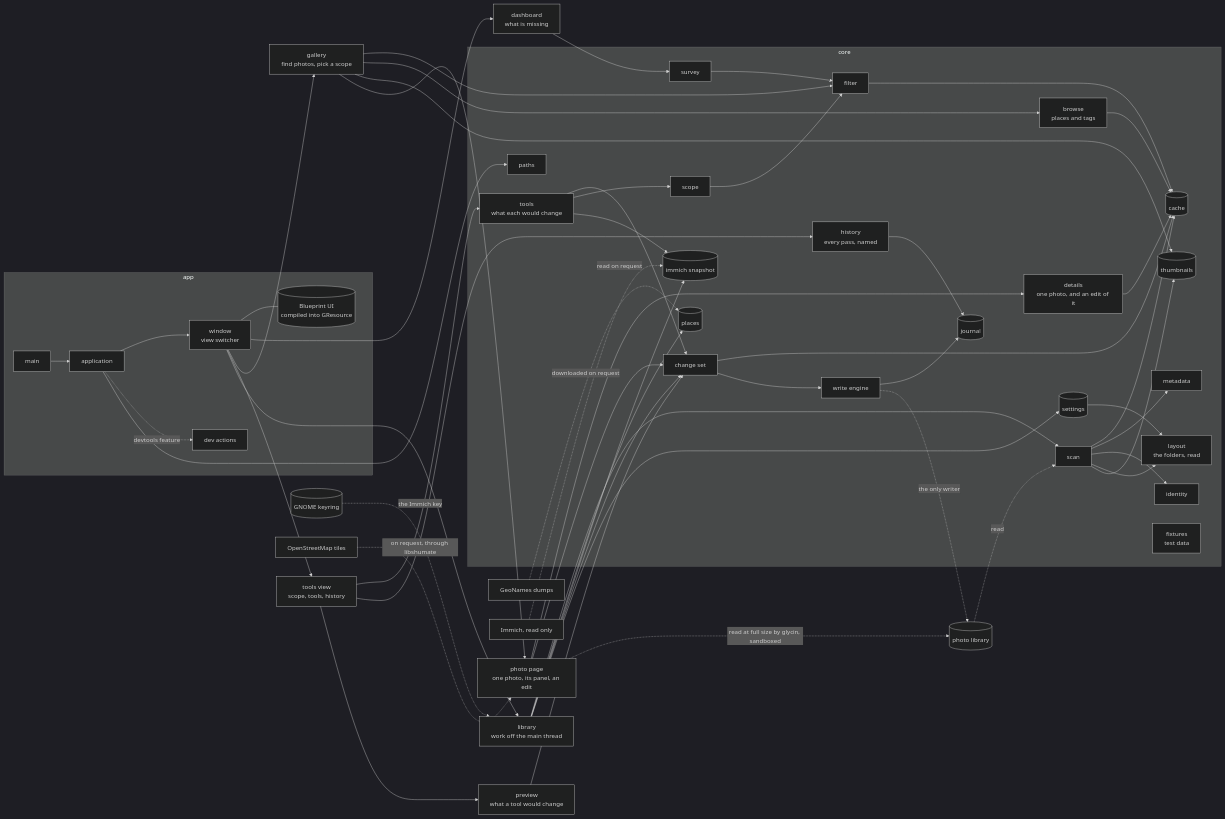
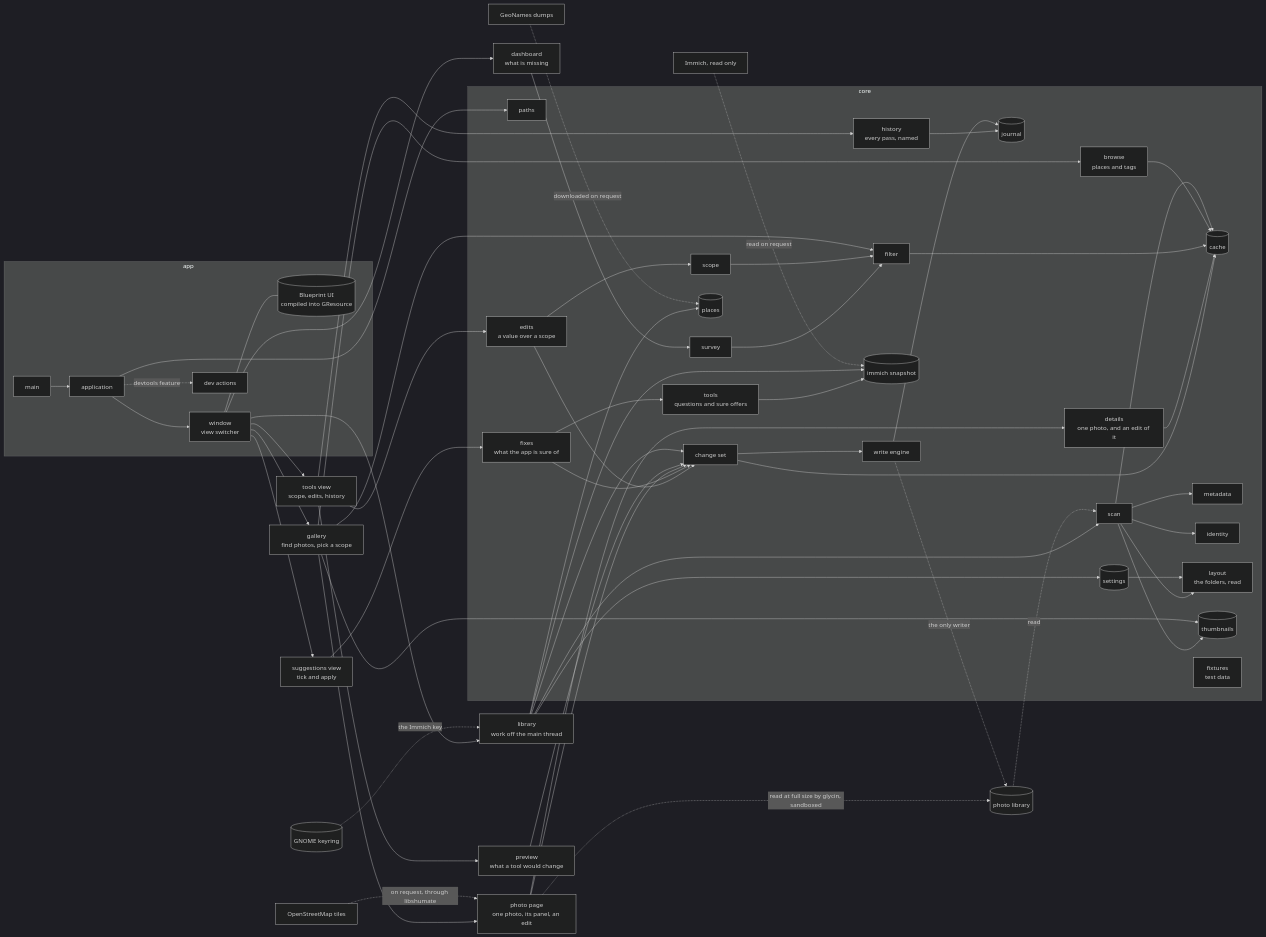
One commit to xuedi/photoManager changed the diagram in docs/overview.md. Above: the diagram before and after it, drawn with Mermaid (dark theme). The commit also changed other lines of this file and 6 other files, not shown here.

Commit message:
write down the fixes and the edits

````diff
--- a/docs/overview.md
+++ b/docs/overview.md
@@ -5,61 +5,65 @@
 ```mermaid
 flowchart LR
     subgraph app [app]
         main[main] --> application
         application --> window[window<br/>view switcher]
         application -. devtools feature .-> devtools[dev actions]
         window --- blueprint[(Blueprint UI<br/>compiled into GResource)]
     end
     subgraph core [core]
         paths
         settings[(settings)]
-        tools[tools<br/>what each would change] --> changeset
-        tools --> scope
+        edits[edits<br/>a value over a scope] --> changeset
+        edits --> scope
+        fixes[fixes<br/>what the app is sure of] --> changeset
+        fixes --> tools[tools<br/>questions and sure offers]
         history[history<br/>every pass, named] --> journal
         changeset[change set] --> cache
         details[details<br/>one photo, and an edit of it] --> cache
         survey --> filter --> cache
         browse[browse<br/>places and tags] --> cache
         scope --> filter
         changeset --> write
         scan --> cache[(cache)]
         scan --> metadata
         scan --> identity
         scan --> layout[layout<br/>the folders, read]
         settings --> layout
         scan --> thumbs[(thumbnails)]
         geo[(places)]
         immich[(immich snapshot)]
         tools --> immich
         write[write engine] --> journal[(journal)]
         fixtures[fixtures<br/>test data]
     end
     application --> paths
     window --> dashboard[dashboard<br/>what is missing]
     dashboard --> survey
     window --> gallery[gallery<br/>find photos, pick a scope]
     gallery --> filter
     gallery --> browse
     gallery --> thumbs
     gallery --> photo[photo page<br/>one photo, its panel, an edit]
     photo --> details
     photo --> changeset
     photo -. read at full size by glycin, sandboxed .-> photos
-    window --> toolsview[tools view<br/>scope, tools, history]
-    toolsview --> tools
+    window --> toolsview[tools view<br/>scope, edits, history]
+    toolsview --> edits
     toolsview --> history
+    window --> suggestionsview[suggestions view<br/>tick and apply]
+    suggestionsview --> fixes
     toolsview --> preview[preview<br/>what a tool would change]
     window --> library[library<br/>work off the main thread]
     preview --> changeset
     library --> scan
     library --> geo
     library --> immich
     library --> changeset
     library --> settings
     photos[(photo library)] -. read .-> scan
     write -. the only writer .-> photos
     geonames[GeoNames dumps] -. downloaded on request .-> geo
     immichapi[Immich, read only] -. read on request .-> immich
     keyring[(GNOME keyring)] -. the Immich key .-> library
     osm[OpenStreetMap tiles] -. on request, through libshumate .-> photo
 ```
````
